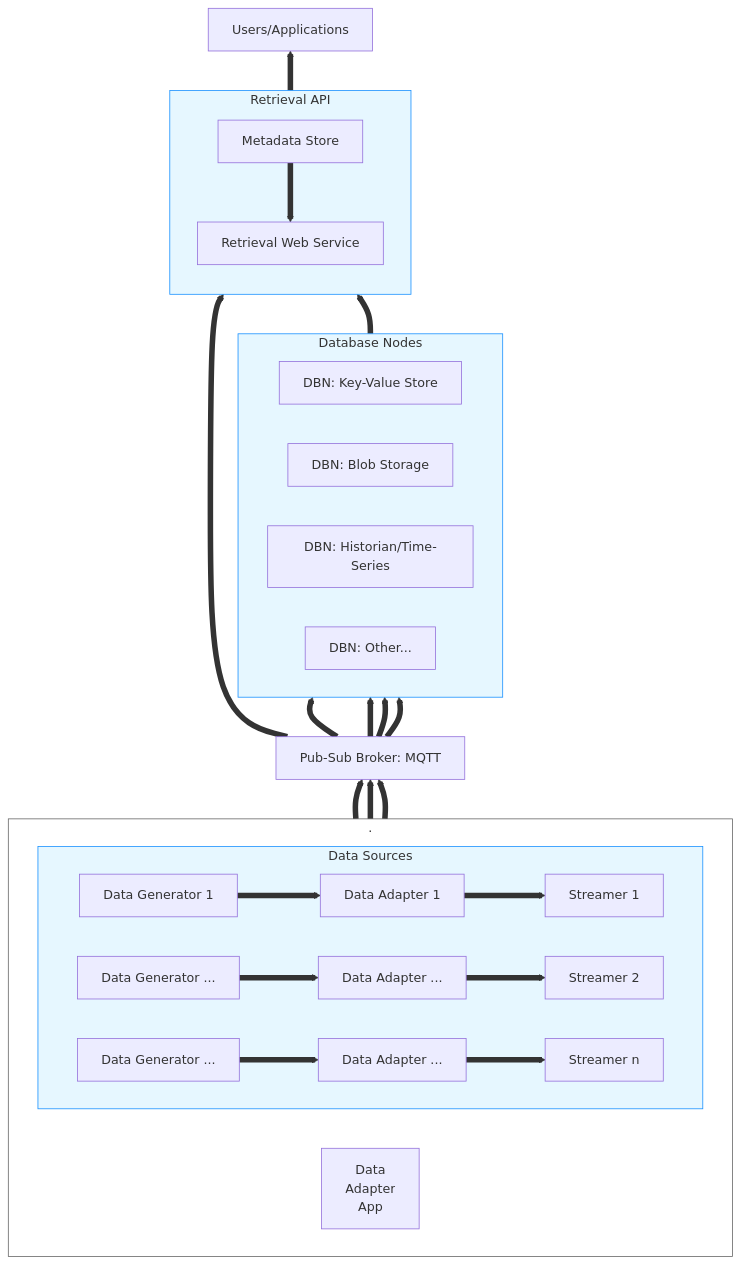
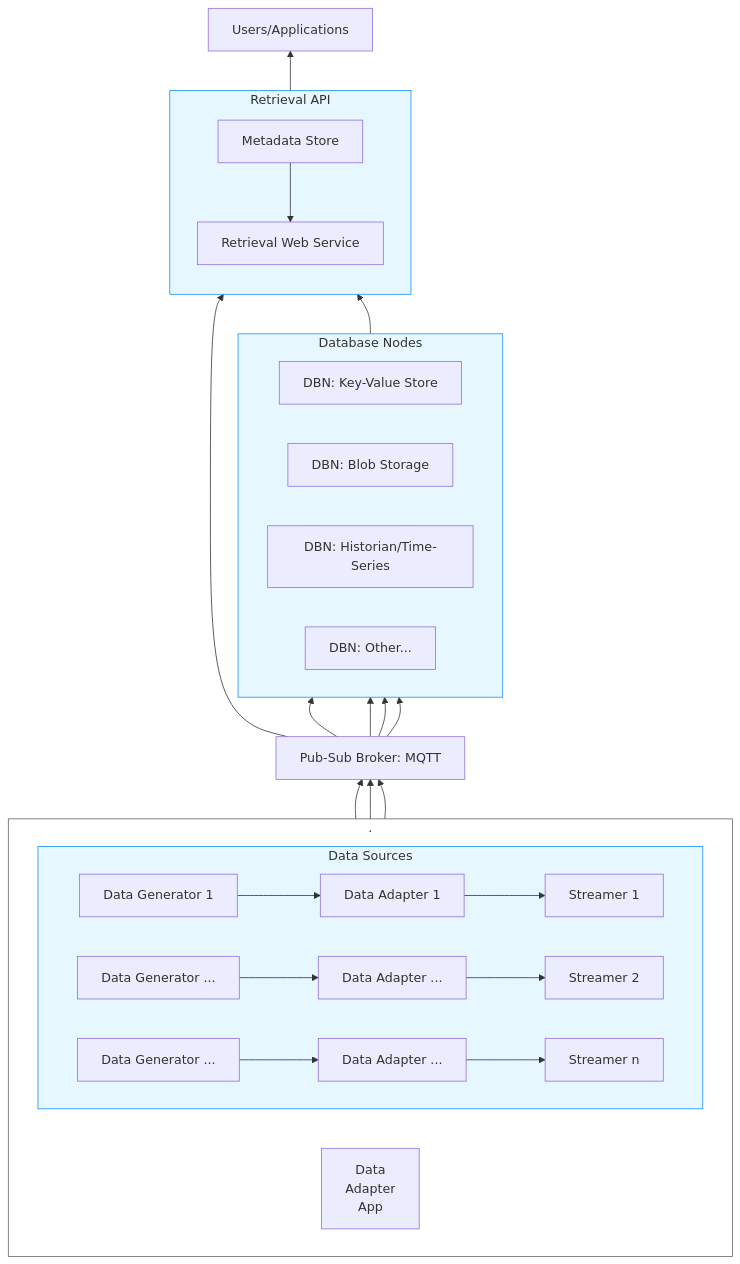
Before and after one commit to cmu-mfi/ddb: the diagram in doc/pages/concepts/architecture.md, drawn with Mermaid.

Commit message:
Update note on data flow direction in architecture diagram
Clarified the note about arrow direction in the diagram.

````diff
--- a/doc/pages/concepts/architecture.md
+++ b/doc/pages/concepts/architecture.md
@@ -7,50 +7,49 @@
 ```{mermaid}
 flowchart BT
     subgraph Input["."]
         direction LR
 
         DAA[Data</br>Adapter</br>App</br>]
 
         subgraph Data_Sources["Data Sources"]
             direction LR
             DS1[Data Generator 1] --> DA1[Data Adapter 1]
             DA1 --> S1[Streamer 1]
             DS2[Data Generator ...] --> DA2[Data Adapter ...]
             DA2 --> S2[Streamer 2]
             DSn[Data Generator ...] --> DAn[Data Adapter ...]
             DAn --> Sn[Streamer n]
         end
     end
 
     MQTT[Pub-Sub Broker: MQTT]
 
     subgraph DBN["Database Nodes"]
         direction LR
         KV[DBN: Key-Value Store]
         BLOB[DBN: Blob Storage]
         HISTORIAN[DBN: Historian/Time-Series]
         DBNx[DBN: Other...]
     end
 
     subgraph Retrieval["Retrieval API"]
         direction TB
         MDS[Metadata Store] --> RWS[Retrieval Web Service]
     end
 
     S1 --> MQTT
     S2 --> MQTT
     Sn --> MQTT
     MQTT --> KV
     MQTT --> BLOB
     MQTT --> HISTORIAN
     MQTT --> DBNx
     MQTT --> MDS
     DBN --> RWS
     RWS --> USERS[Users/Applications]
 
     classDef layer fill:#e6f7ff,stroke:#1890ff
     classDef highlight fill:#094d57,stroke:#0a3d4d
     class Data_Sources,DBN,Retrieval layer
     style Input fill:transparent,stroke:#666
-    linkStyle default stroke-width:7px
 ```
````
